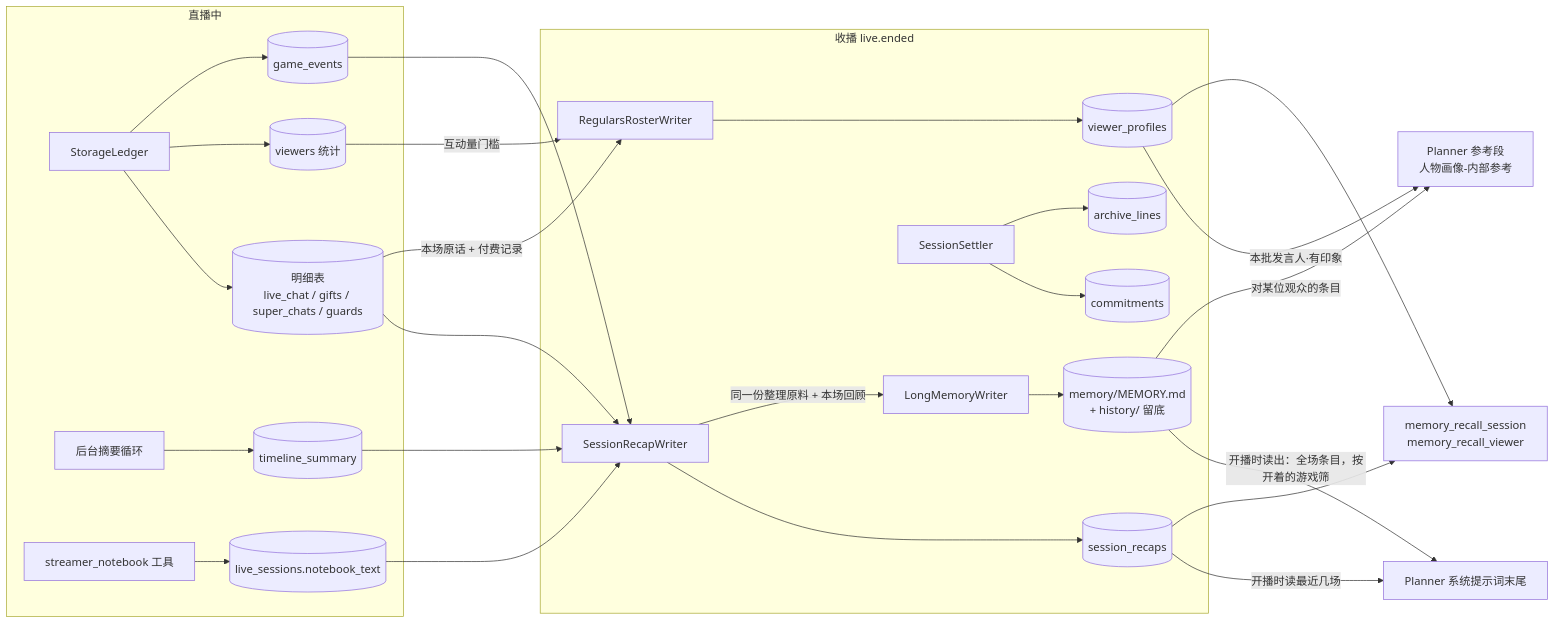
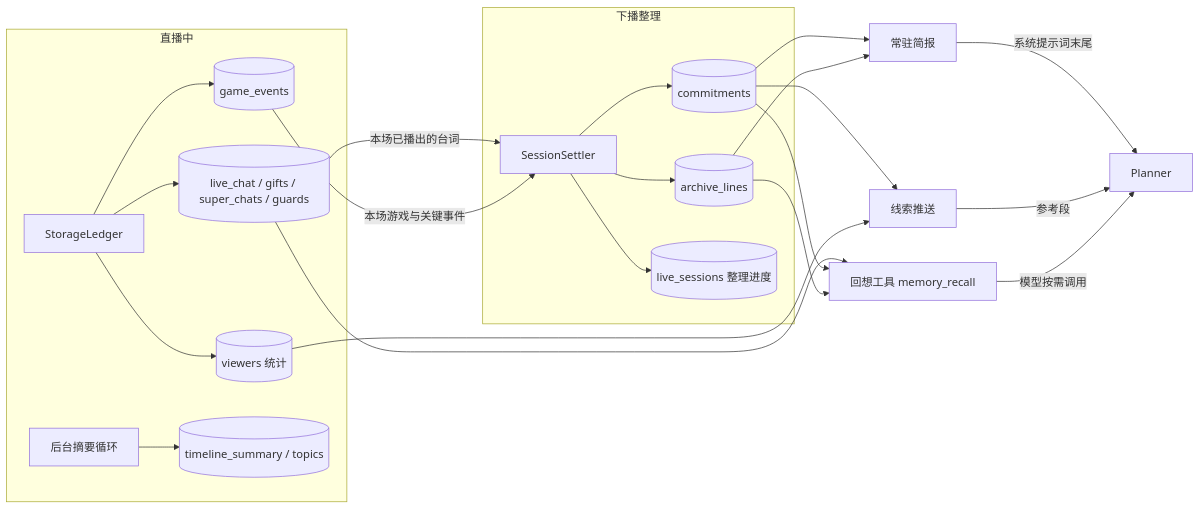
The diagram in docs/architecture/streamer-memory.md (Mai-with-u/Amaidesu), drawn with Mermaid before and after one commit. The commit also changed other lines of this file and 16 other files, not shown here.

````diff
--- a/docs/architecture/streamer-memory.md
+++ b/docs/architecture/streamer-memory.md
@@ -20,26 +20,26 @@
 ```mermaid
 flowchart LR
     subgraph 直播中
-        L[StorageLedger] --> D[(明细表<br/>live_chat / gifts / super_chats / guards)]
-        L --> V[(viewers 统计)]
+        L[StorageLedger] --> D[("live_chat / gifts / super_chats / guards")]
+        L --> V[("viewers 统计")]
         L --> G[(game_events)]
-        B[后台摘要循环] --> T[(timeline_summary)]
-        NB[streamer_notebook 工具] --> NS[(live_sessions.notebook_text)]
+        B[后台摘要循环] --> TS[("timeline_summary / topics")]
     end
-    subgraph 收播 live.ended
-        R[SessionRecapWriter] --> SR[(session_recaps)]
-        M[LongMemoryWriter] --> MF[(memory/MEMORY.md<br/>+ history/ 留底)]
-        W[RegularsRosterWriter] --> VP[(viewer_profiles)]
+    subgraph 下播整理
         S[SessionSettler] --> CM[(commitments)]
         S --> AL[(archive_lines)]
+        S --> LS[(live_sessions 整理进度)]
     end
-    D & T & G & NS --> R
-    R -->|同一份整理原料 + 本场回顾| M
-    D -->|本场原话 + 付费记录| W
-    V -->|互动量门槛| W
-    MF -->|开播时读出：全场条目，按开着的游戏筛| SP[Planner 系统提示词末尾]
-    MF -->|对某位观众的条目| Q
-    SR -->|开播时读最近几场| SP
-    VP -->|本批发言人·有印象| Q[Planner 参考段<br/>人物画像-内部参考]
-    SR & VP --> TOOLS[memory_recall_session<br/>memory_recall_viewer]
+    D -->|本场已播出的台词| S
+    G -->|本场游戏与关键事件| S
+    CM --> BR[常驻简报]
+    AL --> BR
+    CM --> CU[线索推送]
+    V --> CU
+    D --> RC[回想工具 memory_recall]
+    CM --> RC
+    AL --> RC
+    BR -->|系统提示词末尾| P[Planner]
+    CU -->|参考段| P
+    RC -->|模型按需调用| P
 ```
````
